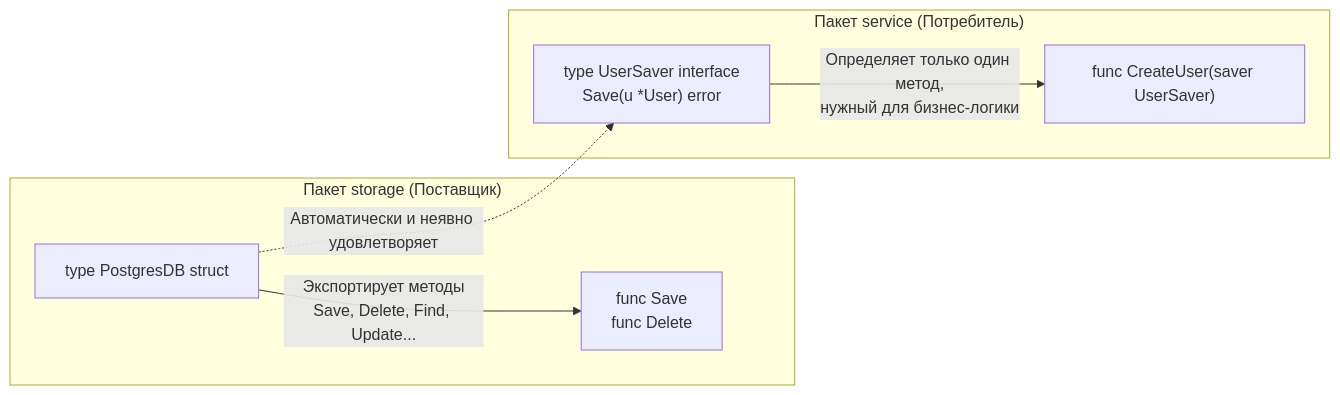
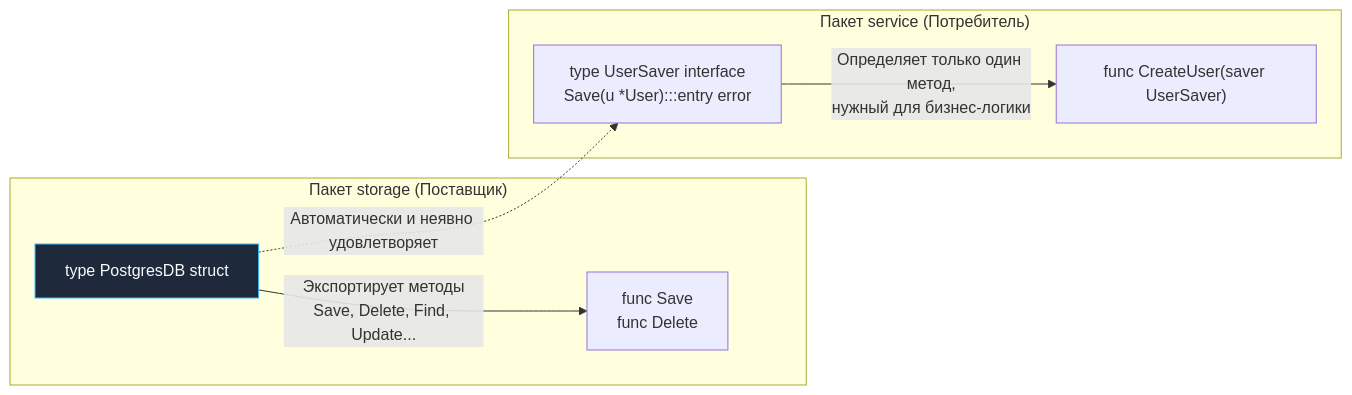
Before and after one commit to UnrealTemplier/go-textbook: the second of 2 diagrams in sources/4. История и философия Go/6. Idiomatic Go. Что значит писать по-goшному.md, drawn with Mermaid. The commit also changed other lines of this file and 1666 other files, not shown here.

First line of the commit message:
feat(mermaid): add semantic color classDef to 1369 colorless flowchart/graph diagrams

````diff
--- a/sources/4. История и философия Go/6. Idiomatic Go. Что значит писать по-goшному.md
+++ b/sources/4. История и философия Go/6. Idiomatic Go. Что значит писать по-goшному.md
@@ -164,12 +174,22 @@
 ```mermaid
 flowchart LR
+    classDef process  fill:#1e293b,stroke:#38bdf8,stroke-width:1px,color:#f8fafc
+    classDef success  fill:#064e3b,stroke:#34d399,stroke-width:1px,color:#f8fafc
+    classDef error    fill:#7f1d1d,stroke:#f87171,stroke-width:1px,color:#f8fafc
+    classDef warning  fill:#78350f,stroke:#fbbf24,stroke-width:1px,color:#f8fafc
+    classDef entry    fill:#1e3a5f,stroke:#38bdf8,stroke-width:2px,color:#f8fafc
+    classDef aux      fill:#334155,stroke:#64748b,stroke-width:1px,color:#f8fafc
+    classDef system   fill:#312e81,stroke:#a78bfa,stroke-width:1px,color:#f8fafc
+    classDef data     fill:#132d29,stroke:#2dd4bf,stroke-width:1px,color:#f8fafc
+    classDef network  fill:#881337,stroke:#fb7185,stroke-width:1px,color:#f8fafc
+    classDef accent   fill:#1e1b4b,stroke:#818cf8,stroke-width:1px,color:#f8fafc
     subgraph StoragePkg["Пакет storage (Поставщик)"]
-        A["type PostgresDB struct"] -->|"Экспортирует методы<br>Save, Delete, Find, Update..."| B["func Save<br>func Delete"]
+        A["type PostgresDB struct"]:::process -->|"Экспортирует методы<br>Save, Delete, Find, Update..."| B["func Save<br>func Delete"]
     end
     
     subgraph ServicePkg["Пакет service (Потребитель)"]
-        C["type UserSaver interface<br>Save(u *User) error"] -->|"Определяет только один метод,<br>нужный для бизнес-логики"| D["func CreateUser(saver UserSaver)"]
+        C["type UserSaver interface<br>Save(u *User):::entry error"] -->|"Определяет только один метод,<br>нужный для бизнес-логики"| D["func CreateUser(saver UserSaver)"]
     end
     
     A -.->|"Автоматически и неявно удовлетворяет"| C
 ```
````
